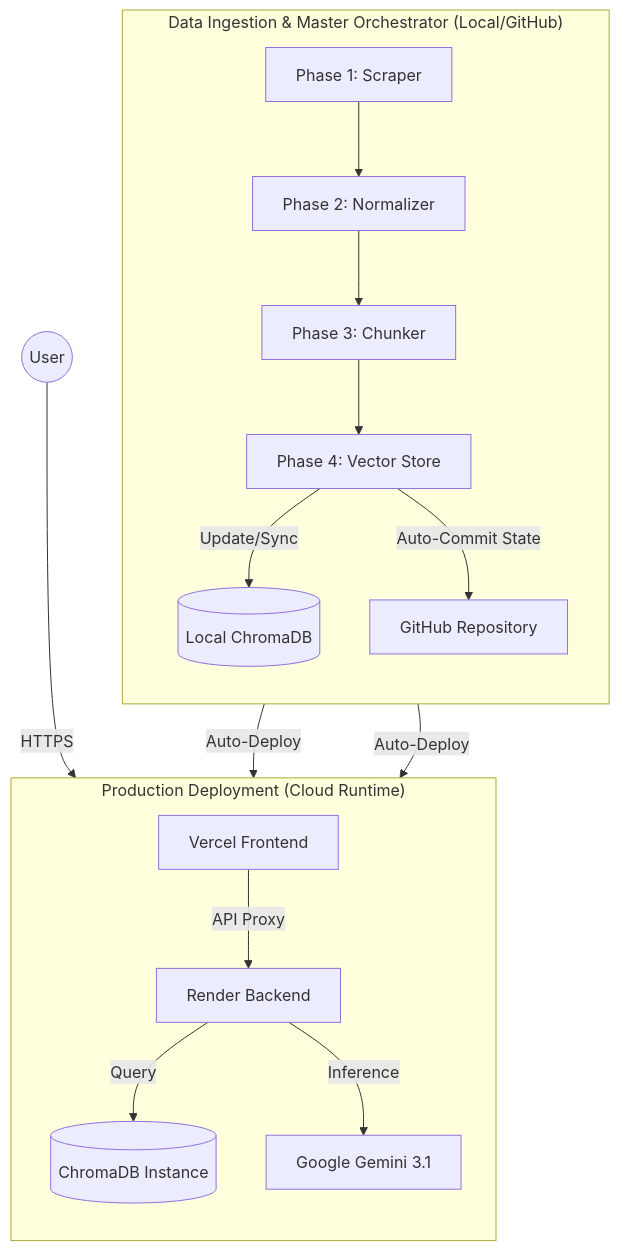
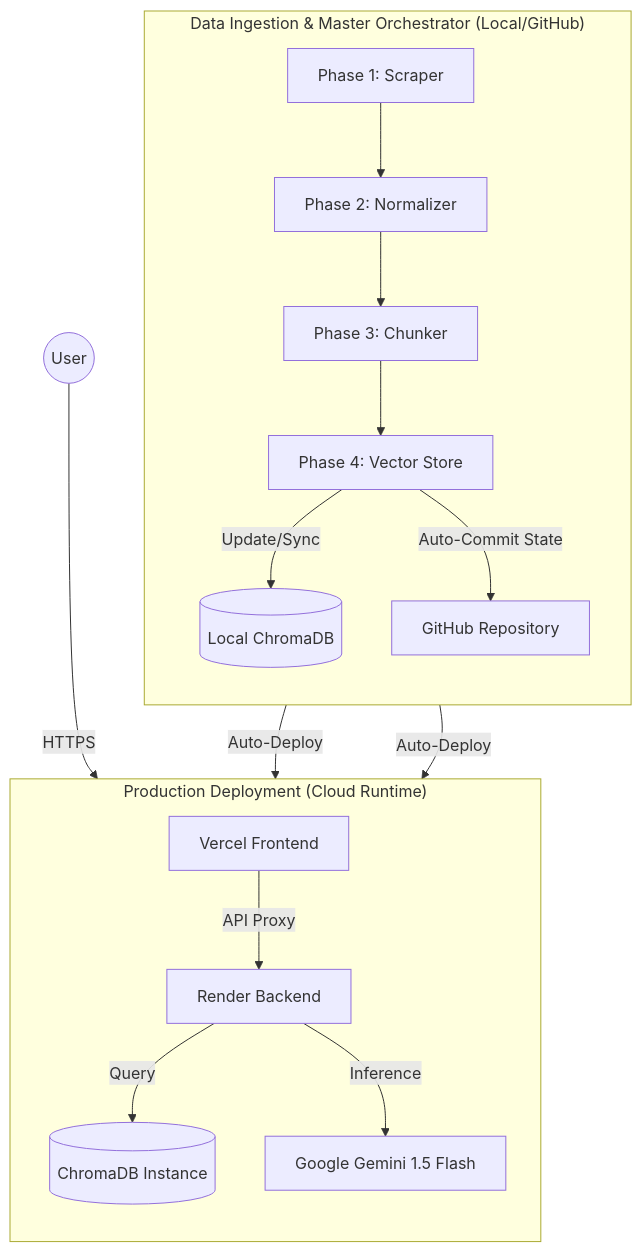
The diagram in ARCHITECTURE.md (puneet225/MF_rag_chatbot), drawn with Mermaid before and after one commit. The commit also changed other lines of this file and 2 other files, not shown here.

Commit message:
Docs: Update README, Architecture, and Deployment Guide with final model specs and URLs

````diff
--- a/ARCHITECTURE.md
+++ b/ARCHITECTURE.md
@@ -24,32 +24,32 @@
 ```mermaid
 flowchart TD
     subgraph Local["Data Ingestion & Master Orchestrator (Local/GitHub)"]
         direction TB
         P1[Phase 1: Scraper] --> P2[Phase 2: Normalizer]
         P2 --> P3[Phase 3: Chunker]
         P3 --> P4[Phase 4: Vector Store]
         
         DB_Local[(Local ChromaDB)]
         P4 -- "Update/Sync" --> DB_Local
         
         GH[GitHub Repository]
         P4 -- "Auto-Commit State" --> GH
     end
 
     subgraph Cloud["Production Deployment (Cloud Runtime)"]
         direction TB
         Vercel[Vercel Frontend]
         Render[Render Backend]
-        Gemini[Google Gemini 3.1]
+        Gemini[Google Gemini 1.5 Flash]
         DB_Cloud[(ChromaDB Instance)]
         
         GH -- "Auto-Deploy" --> Vercel
         GH -- "Auto-Deploy" --> Render
         
         Render -- "Query" --> DB_Cloud
         Render -- "Inference" --> Gemini
     end
 
     User((User)) -- "HTTPS" --> Vercel
     Vercel -- "API Proxy" --> Render
 ```
````
